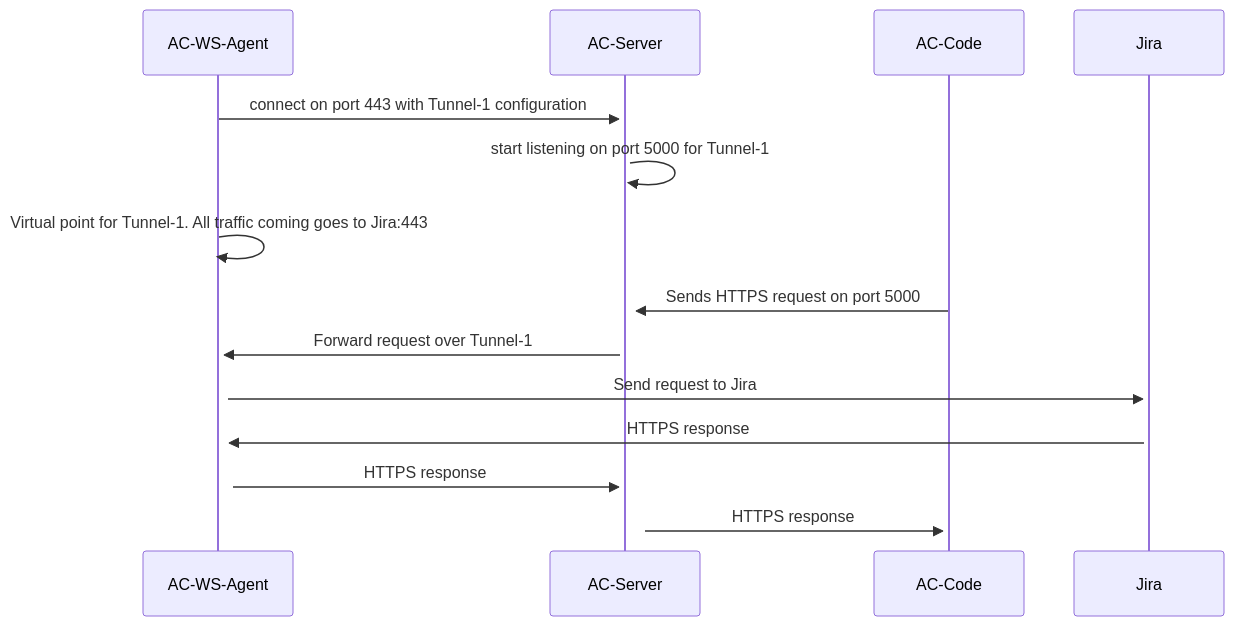
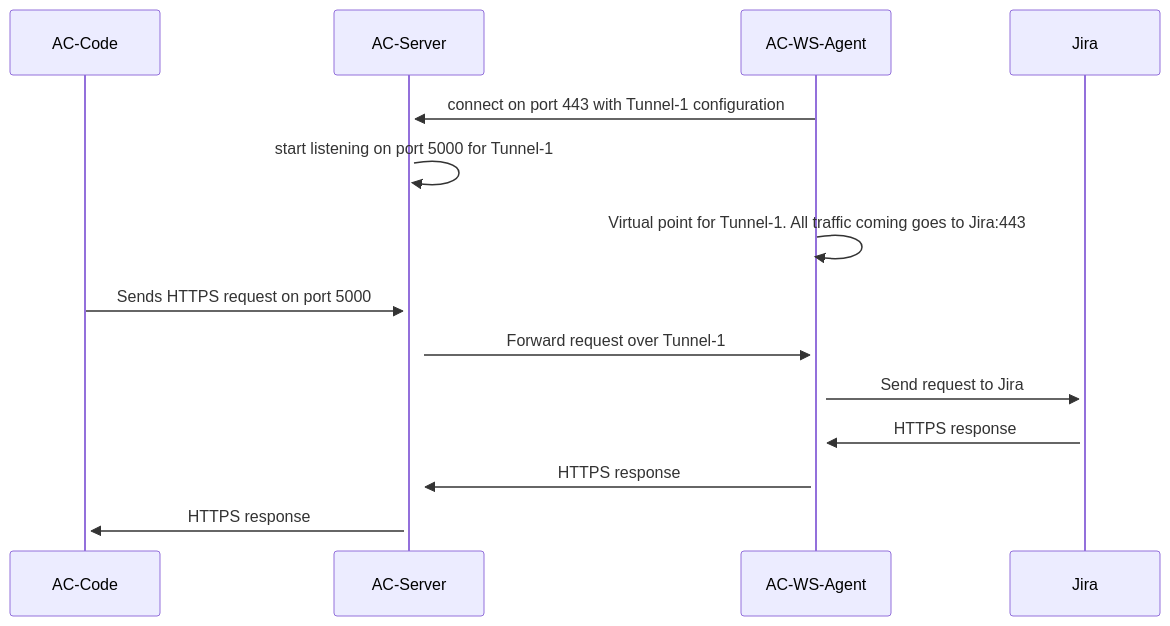
One commit to armor-code/agent changed the diagram in ws-agent/README.md. Above: the diagram before and after it, drawn with Mermaid.

Commit message:
add ws-agent docs

````diff
--- a/ws-agent/README.md
+++ b/ws-agent/README.md
@@ -28,12 +28,16 @@
 ```mermaid
 sequenceDiagram
-    AC-WS-Agent->>+AC-Server: connect on port 443 with Tunnel-1 configuration
-    AC-Server->>+AC-Server: start listening on port 5000 for Tunnel-1
-    AC-WS-Agent->>+AC-WS-Agent: Virtual point for Tunnel-1. All traffic coming goes to Jira:443
-    AC-Code->>+AC-Server: Sends HTTPS request on port 5000
-    AC-Server->>+AC-WS-Agent: Forward request over Tunnel-1
-    AC-WS-Agent->>+Jira: Send request to Jira
-    Jira->>+AC-WS-Agent: HTTPS response
-    AC-WS-Agent->>+AC-Server: HTTPS response
-    AC-Server->>+AC-Code:HTTPS response
+   participant AC-Code
+   participant AC-Server
+   participant AC-WS-Agent
+   participant Jira
+   AC-WS-Agent->>+AC-Server: connect on port 443 with Tunnel-1 configuration
+   AC-Server->>+AC-Server: start listening on port 5000 for Tunnel-1
+   AC-WS-Agent->>+AC-WS-Agent: Virtual point for Tunnel-1. All traffic coming goes to Jira:443
+   AC-Code->>+AC-Server: Sends HTTPS request on port 5000
+   AC-Server->>+AC-WS-Agent: Forward request over Tunnel-1
+   AC-WS-Agent->>+Jira: Send request to Jira
+   Jira->>+AC-WS-Agent: HTTPS response
+   AC-WS-Agent->>+AC-Server: HTTPS response
+   AC-Server->>+AC-Code:HTTPS response
 ```
````
